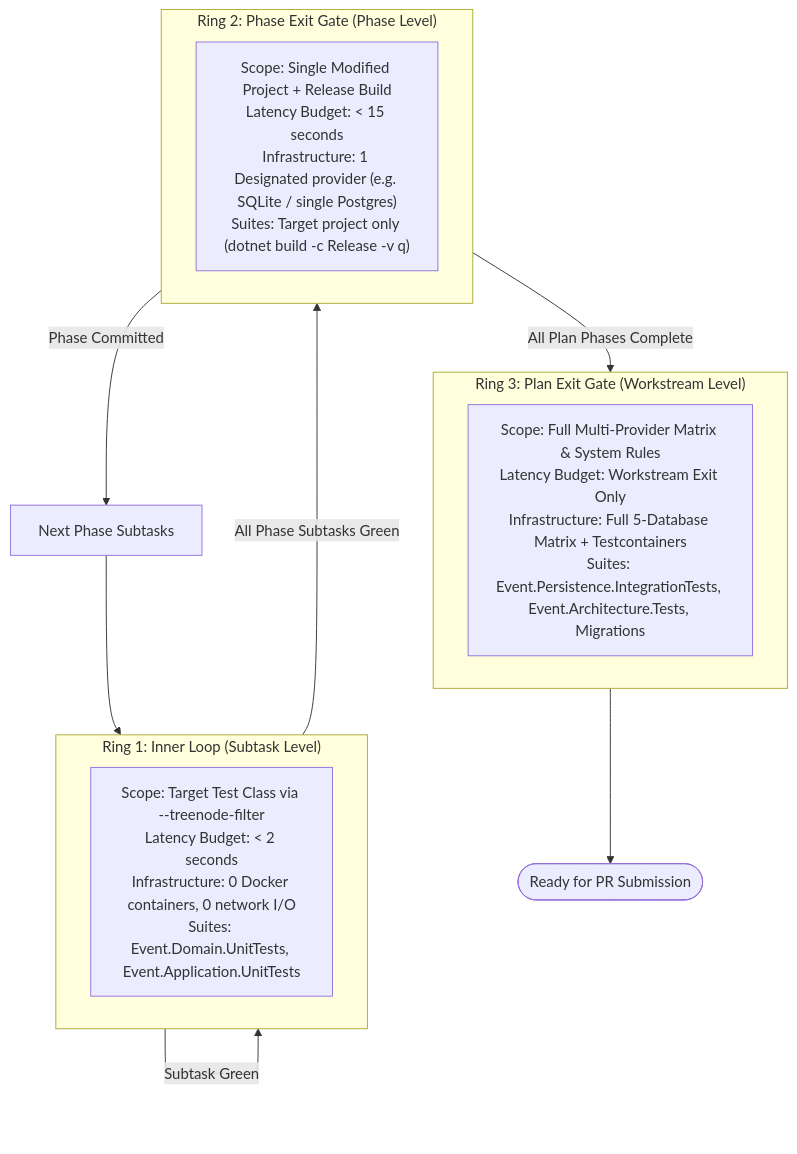
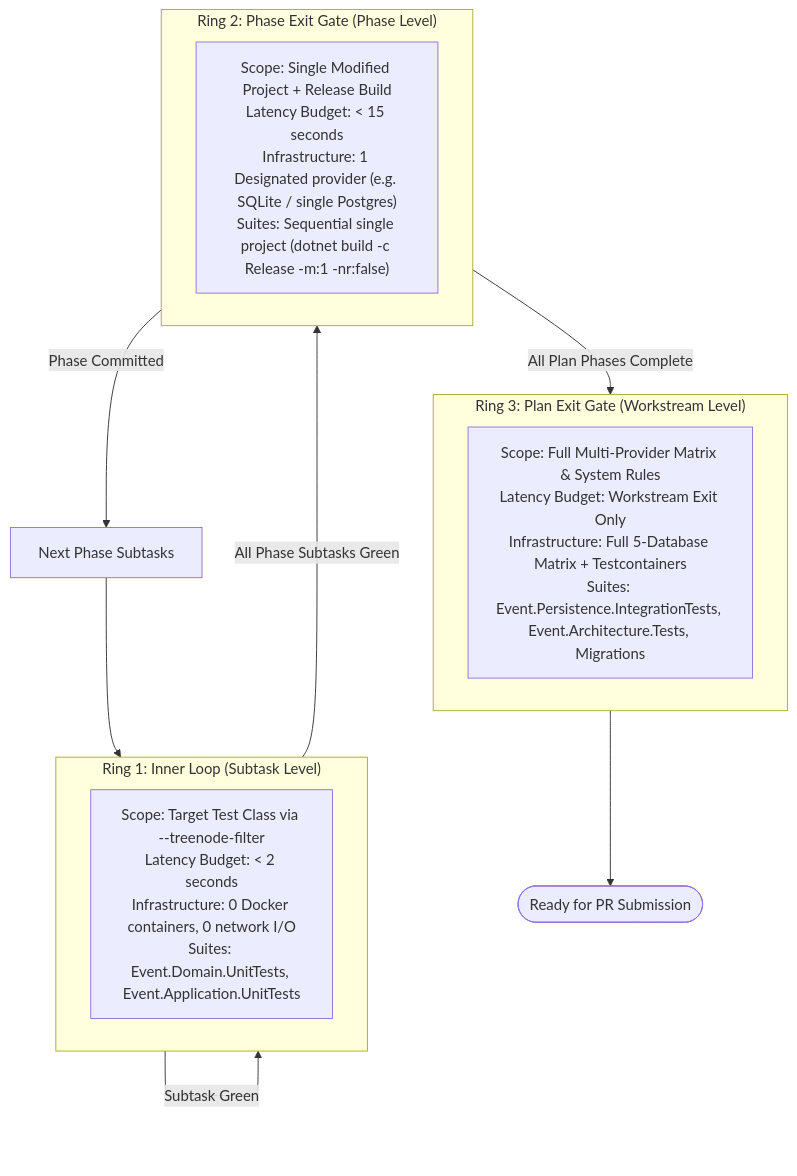
Before and after one commit to islamu-ngo/Event: the ninth of 12 diagrams in docs/internal/AGENTIC_CONTEXT_ENGINEERING.md, drawn with Mermaid. The commit also changed other lines of this file and 13 other files, not shown here.

````diff
--- a/docs/internal/AGENTIC_CONTEXT_ENGINEERING.md
+++ b/docs/internal/AGENTIC_CONTEXT_ENGINEERING.md
@@ -633,21 +633,21 @@
 ```mermaid
 flowchart TD
     subgraph Ring1["Ring 1: Inner Loop (Subtask Level)"]
         R1Scope["Scope: Target Test Class via --treenode-filter\nLatency Budget: < 2 seconds\nInfrastructure: 0 Docker containers, 0 network I/O\nSuites: Event.Domain.UnitTests, Event.Application.UnitTests"]
     end
 
     subgraph Ring2["Ring 2: Phase Exit Gate (Phase Level)"]
-        R2Scope["Scope: Single Modified Project + Release Build\nLatency Budget: < 15 seconds\nInfrastructure: 1 Designated provider (e.g. SQLite / single Postgres)\nSuites: Target project only (dotnet build -c Release -v q)"]
+        R2Scope["Scope: Single Modified Project + Release Build\nLatency Budget: < 15 seconds\nInfrastructure: 1 Designated provider (e.g. SQLite / single Postgres)\nSuites: Sequential single project (dotnet build -c Release -m:1 -nr:false)"]
     end
 
     subgraph Ring3["Ring 3: Plan Exit Gate (Workstream Level)"]
         R3Scope["Scope: Full Multi-Provider Matrix & System Rules\nLatency Budget: Workstream Exit Only\nInfrastructure: Full 5-Database Matrix + Testcontainers\nSuites: Event.Persistence.IntegrationTests, Event.Architecture.Tests, Migrations"]
     end
 
     Ring1 -->|Subtask Green| Ring1
     Ring1 -->|All Phase Subtasks Green| Ring2
     Ring2 -->|Phase Committed| NextPhase["Next Phase Subtasks"]
     NextPhase --> Ring1
     Ring2 -->|All Plan Phases Complete| Ring3
     Ring3 --> PRReady(["Ready for PR Submission"])
 ```
````
